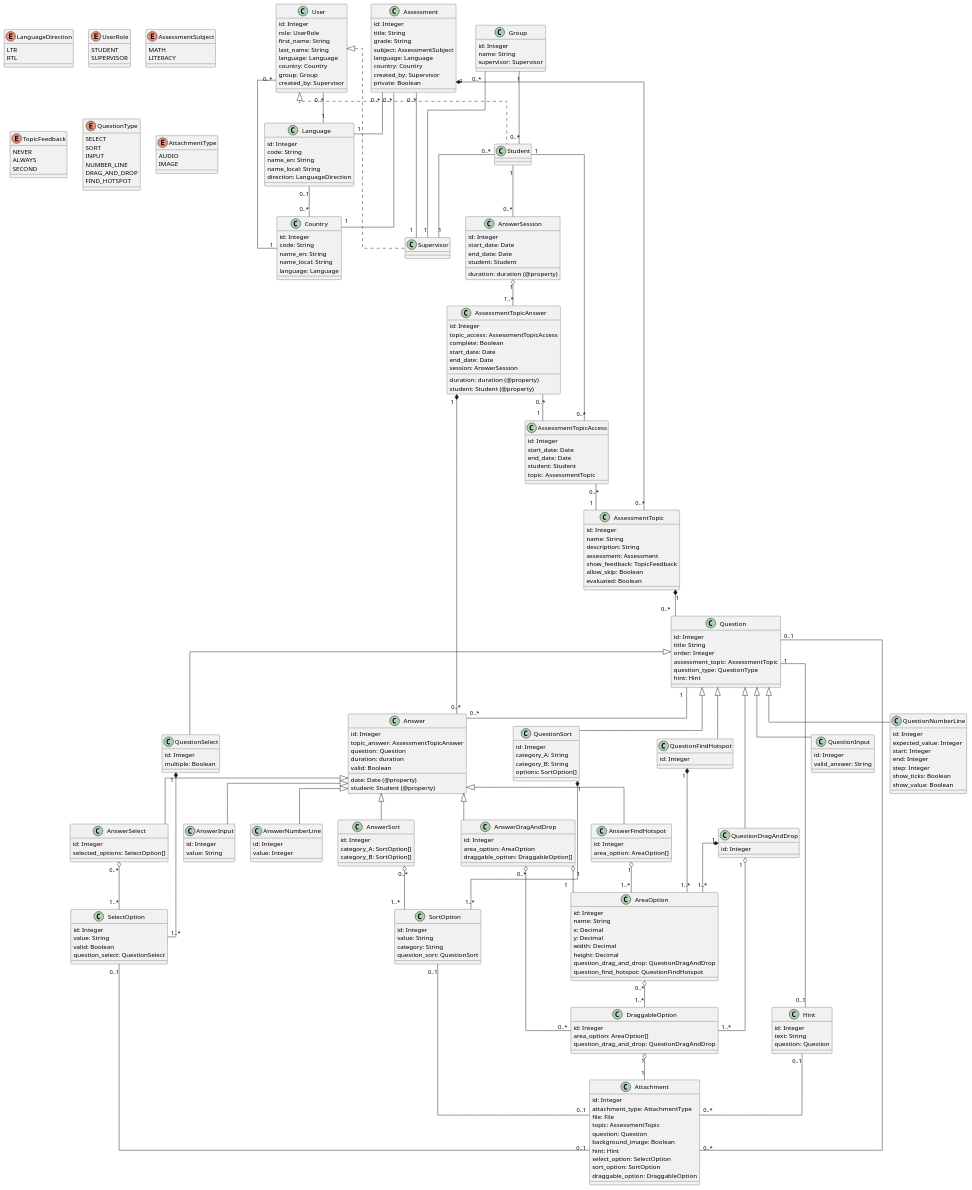
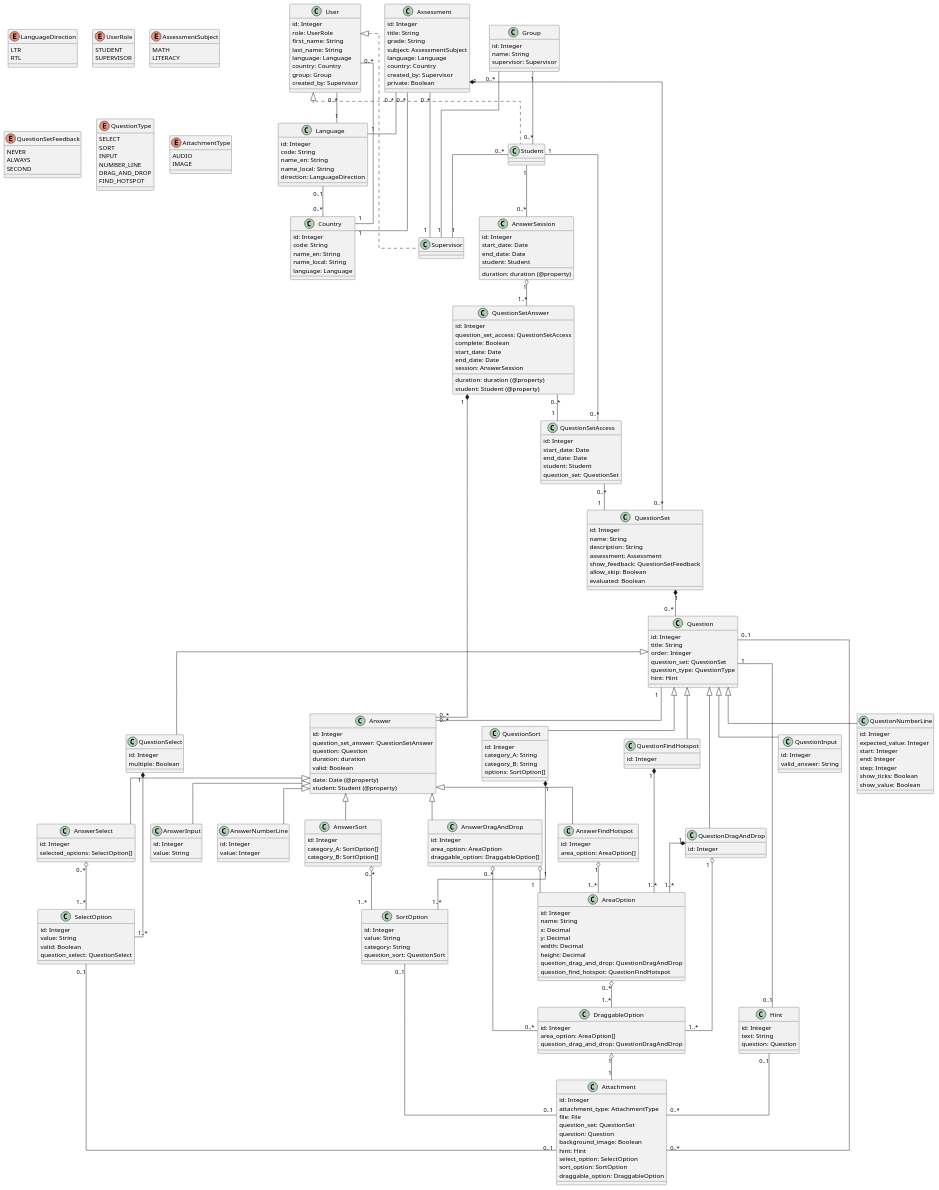
Before and after one commit to WarChildAlliance/assessment-tool-api: the diagram in documentation/learningoutcomes.v4.plantuml, drawn with PlantUML. The commit also changed 42 other files, not shown here.

```diff
--- a/documentation/learningoutcomes.v4.plantuml
+++ b/documentation/learningoutcomes.v4.plantuml
@@ -68,30 +68,30 @@
     private: Boolean
 }
 
-enum TopicFeedback {
+enum QuestionSetFeedback {
     NEVER
     ALWAYS
     SECOND
 }
 
-class AssessmentTopic {
+class QuestionSet {
     id: Integer
     name: String
     description: String
     assessment: Assessment
     'order: Integer'
-    show_feedback: TopicFeedback
+    show_feedback: QuestionSetFeedback
     allow_skip: Boolean
     evaluated: Boolean
     'stop_rule: Integer'
 }
 
-class AssessmentTopicAccess {
+class QuestionSetAccess {
     id: Integer
     start_date: Date
     end_date: Date
     student: Student
-    topic: AssessmentTopic
+    question_set: QuestionSet
 }
 
 enum QuestionType {
@@ -107,7 +107,7 @@
     id: Integer
     title: String
     order: Integer
-    assessment_topic: AssessmentTopic
+    question_set: QuestionSet
     question_type: QuestionType
     hint: Hint
 }
@@ -166,7 +166,7 @@
 class DraggableOption {
     id: Integer
     area_option: AreaOption[]
-    question_drag_and_drop: QuestionDragAndDrop 
+    question_drag_and_drop: QuestionDragAndDrop
 }
 
 class AreaOption {
@@ -193,7 +193,7 @@
     id: Integer
     attachment_type: AttachmentType
     file: File
-    topic: AssessmentTopic
+    question_set: QuestionSet
     question: Question
     background_image: Boolean
     hint: Hint
@@ -210,9 +210,9 @@
     duration: duration (@property)
 }
 
-class AssessmentTopicAnswer {
+class QuestionSetAnswer {
     id: Integer
-    topic_access: AssessmentTopicAccess
+    question_set_access: QuestionSetAccess
     complete: Boolean
     start_date: Date
     end_date: Date
@@ -223,7 +223,7 @@
 
 class Answer {
     id: Integer
-    topic_answer: AssessmentTopicAnswer
+    question_set_answer: QuestionSetAnswer
     question: Question
     duration: duration
     valid: Boolean
@@ -280,17 +280,17 @@
 Group "0..*" -- "1" Supervisor
 Group "1" -- "0..*" Student
 
-Assessment "1" *-- "0..*" AssessmentTopic
+Assessment "1" *-- "0..*" QuestionSet
 Assessment "0..*" -- "1" Supervisor
 
-AssessmentTopic "1" *-- "0..*" Question
+QuestionSet "1" *-- "0..*" Question
 
-AnswerSession "1" o-- "1..*" AssessmentTopicAnswer
+AnswerSession "1" o-- "1..*" QuestionSetAnswer
 
-AssessmentTopicAccess "0..*" -- "1" AssessmentTopic
+QuestionSetAccess "0..*" -- "1" QuestionSet
 
 Student "1" -- "0..*" AnswerSession
-Student "1" -- "0..*" AssessmentTopicAccess
+Student "1" -- "0..*" QuestionSetAccess
 
 
 Hint "0..1" -- "0..*" Attachment
@@ -317,8 +317,8 @@
 QuestionFindHotspot "1" *-- "1..*" AreaOption
 QuestionDragAndDrop "1" *-- "1..*" AreaOption
 
-AssessmentTopicAnswer "0..*" -- "1" AssessmentTopicAccess
-AssessmentTopicAnswer "1" *-- "0..*" Answer
+QuestionSetAnswer "0..*" -- "1" QuestionSetAccess
+QuestionSetAnswer "1" *-- "0..*" Answer
 
 Question "1" -- "0..*" Answer
 
```
